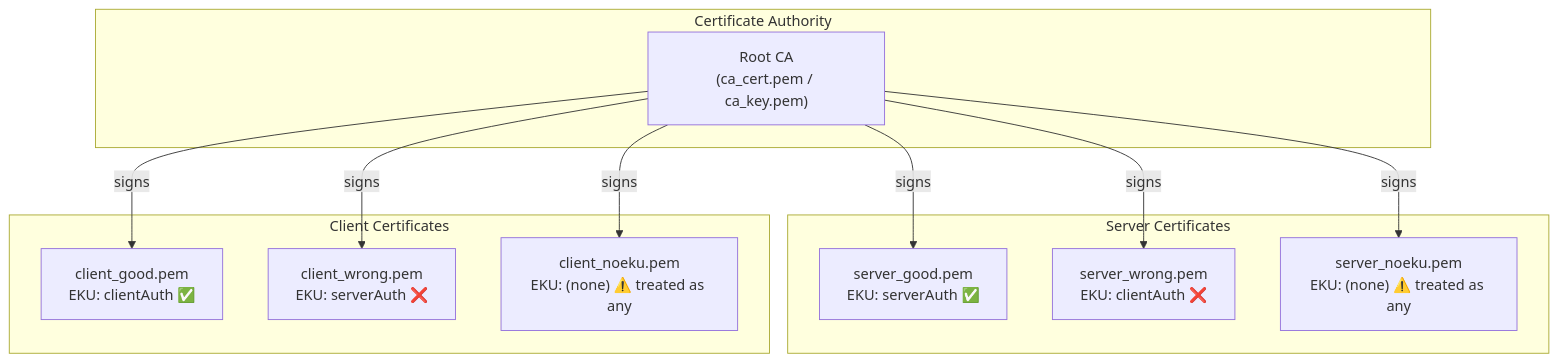
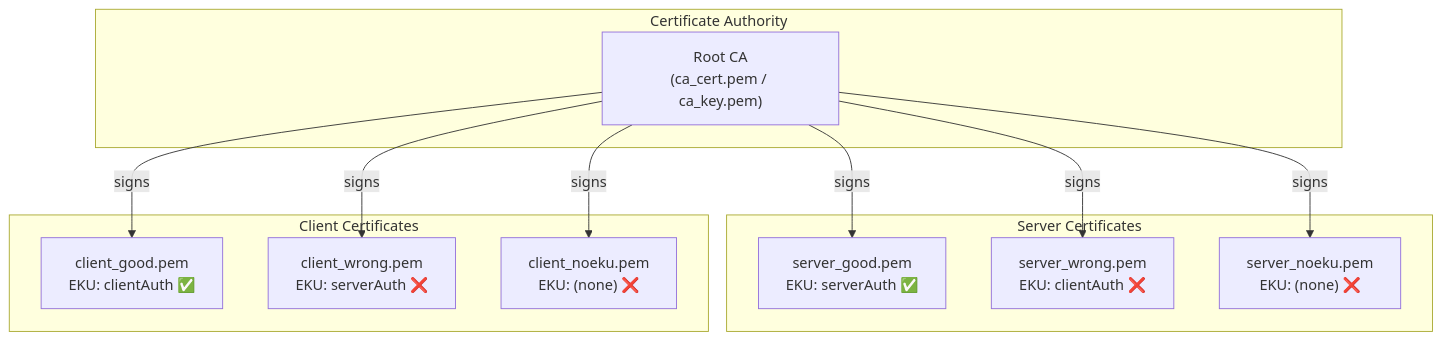
The first of 6 diagrams in README.md (jaysonv/mtls-lab), drawn with Mermaid before and after one commit. The commit also changed other lines of this file and 2 other files, not shown here.

````diff
--- a/README.md
+++ b/README.md
@@ -22,25 +17,25 @@
 ```mermaid
 graph TB
     subgraph "Certificate Authority"
         CA["Root CA<br/>(ca_cert.pem / ca_key.pem)"]
     end
 
     subgraph "Server Certificates"
         SG["server_good.pem<br/>EKU: serverAuth ✅"]
         SW["server_wrong.pem<br/>EKU: clientAuth ❌"]
-        SN["server_noeku.pem<br/>EKU: (none) ⚠️ treated as any"]
+        SN["server_noeku.pem<br/>EKU: (none) ❌"]
     end
 
     subgraph "Client Certificates"
         CG["client_good.pem<br/>EKU: clientAuth ✅"]
         CW["client_wrong.pem<br/>EKU: serverAuth ❌"]
-        CN["client_noeku.pem<br/>EKU: (none) ⚠️ treated as any"]
+        CN["client_noeku.pem<br/>EKU: (none) ❌"]
     end
 
     CA -->|signs| SG
     CA -->|signs| SW
     CA -->|signs| SN
     CA -->|signs| CG
     CA -->|signs| CW
     CA -->|signs| CN
 ```
````
